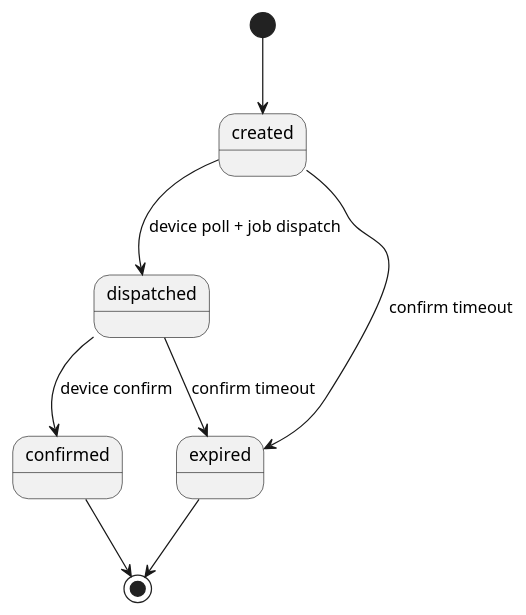
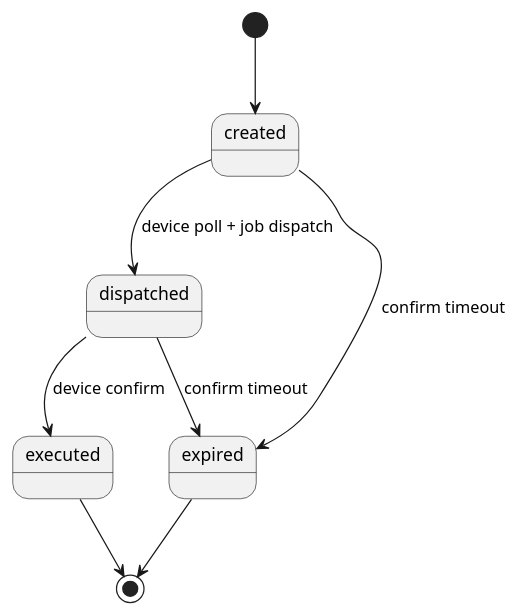
One commit to zukunftsforum-rissen/community-offers-bundle changed the diagram in docs/architecture/doorjob-state-machine.md. Above: the diagram before and after it, drawn with PlantUML. The commit also changed other lines of this file, not shown here.

````diff
--- a/docs/architecture/doorjob-state-machine.md
+++ b/docs/architecture/doorjob-state-machine.md
@@ -30,14 +30,14 @@
 ```plantuml
 @startuml
 [*] --> created
 
 created --> dispatched : device poll + job dispatch
 created --> expired : confirm timeout
 
-dispatched --> confirmed : device confirm
+dispatched --> executed : device confirm
 dispatched --> expired : confirm timeout
 
-confirmed --> [*]
+executed --> [*]
 expired --> [*]
 @enduml
 ```
````
